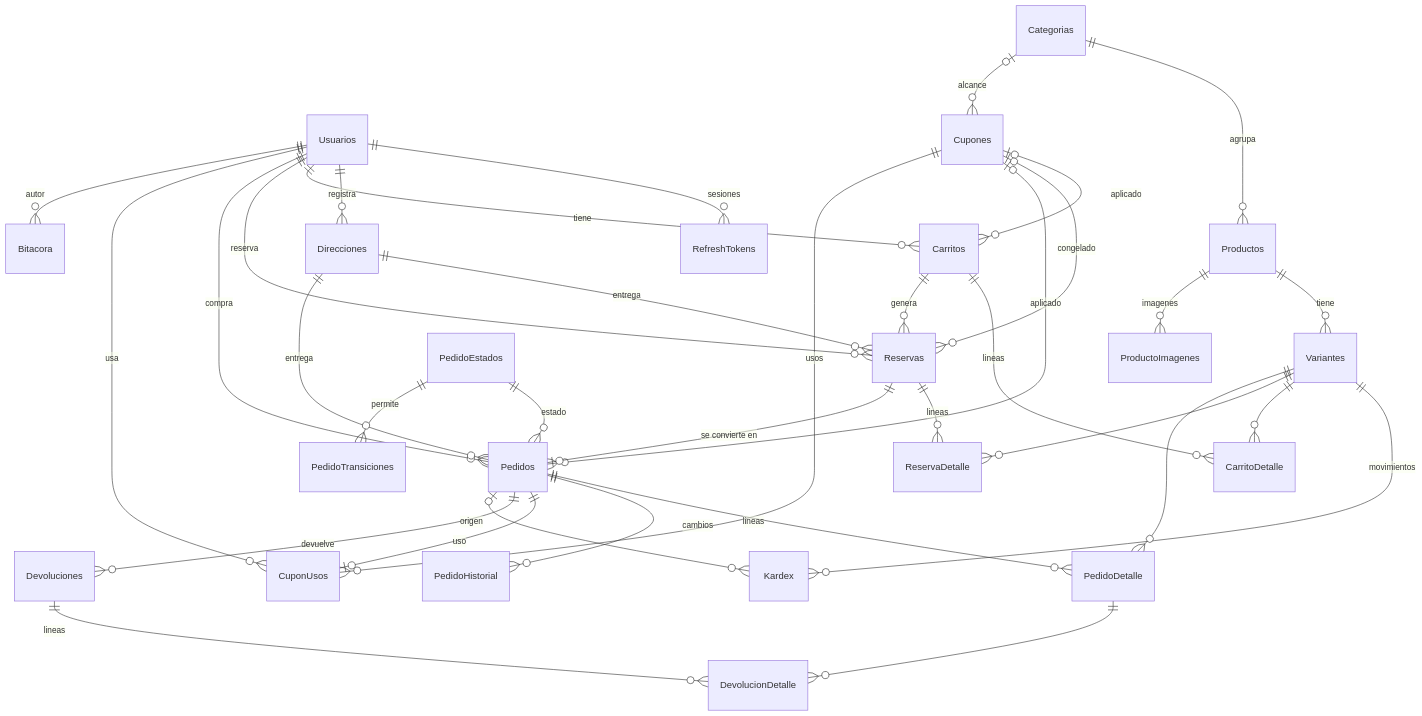
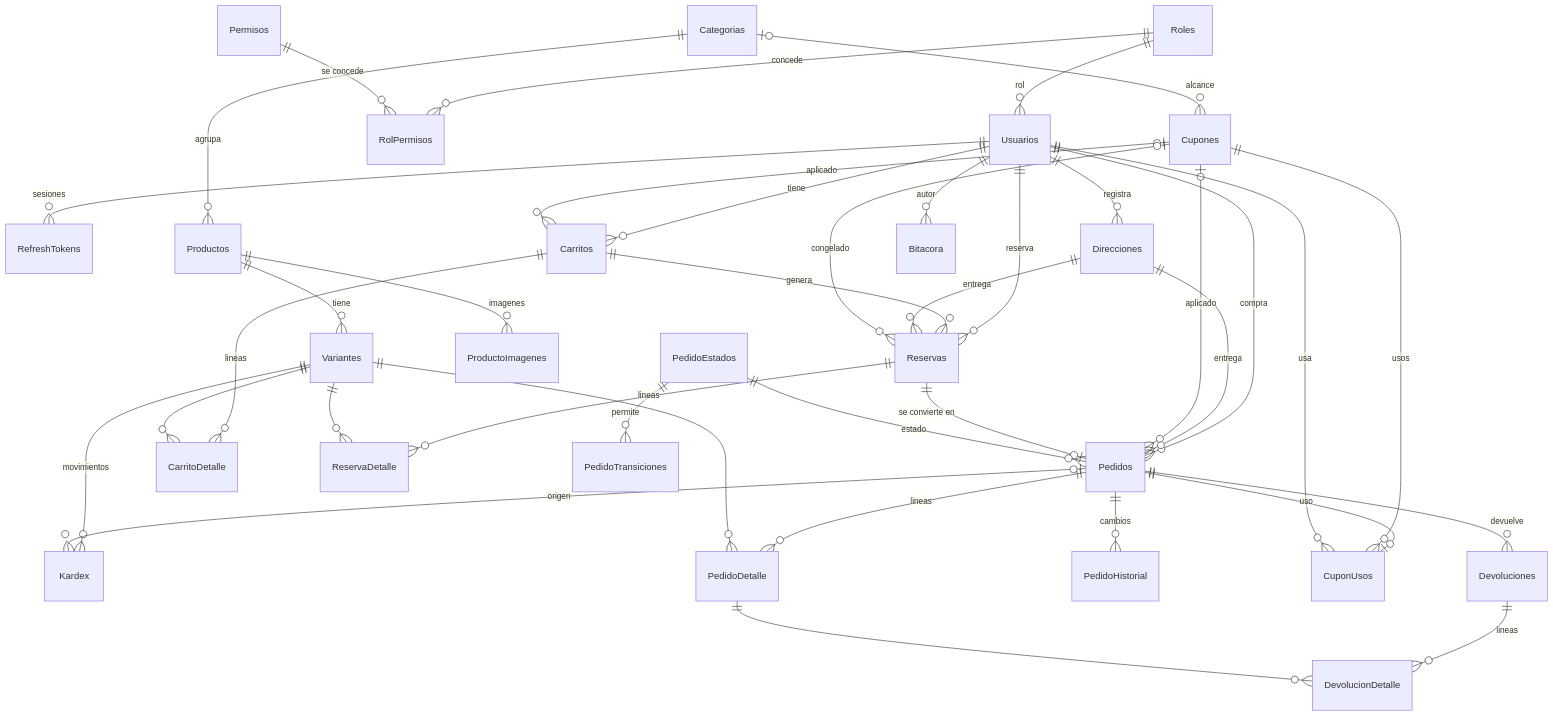
The first of 3 diagrams in README.md (eramirez150/shopcart), drawn with Mermaid before and after one commit. The commit also changed other lines of this file and 7 other files, not shown here.

````diff
--- a/README.md
+++ b/README.md
@@ -229,37 +324,40 @@
 ```mermaid
 erDiagram
+    Roles ||--o{ Usuarios : "rol"
+    Roles ||--o{ RolPermisos : "concede"
+    Permisos ||--o{ RolPermisos : "se concede"
     Usuarios ||--o{ RefreshTokens : "sesiones"
     Usuarios ||--o{ Direcciones : "registra"
     Usuarios ||--o{ Carritos : "tiene"
     Usuarios ||--o{ Reservas : "reserva"
     Usuarios ||--o{ Pedidos : "compra"
     Categorias ||--o{ Productos : "agrupa"
     Categorias |o--o{ Cupones : "alcance"
     Productos ||--o{ Variantes : "tiene"
     Productos ||--o{ ProductoImagenes : "imagenes"
     Variantes ||--o{ Kardex : "movimientos"
     Carritos ||--o{ CarritoDetalle : "lineas"
     Variantes ||--o{ CarritoDetalle : ""
     Cupones |o--o{ Carritos : "aplicado"
     Carritos ||--o{ Reservas : "genera"
     Direcciones ||--o{ Reservas : "entrega"
     Direcciones ||--o{ Pedidos : "entrega"
     Cupones |o--o{ Reservas : "congelado"
     Cupones |o--o{ Pedidos : "aplicado"
     Reservas ||--o{ ReservaDetalle : "lineas"
     Variantes ||--o{ ReservaDetalle : ""
     Reservas ||--o| Pedidos : "se convierte en"
     PedidoEstados ||--o{ Pedidos : "estado"
     PedidoEstados ||--o{ PedidoTransiciones : "permite"
     Pedidos ||--o{ PedidoDetalle : "lineas"
     Variantes ||--o{ PedidoDetalle : ""
     Pedidos ||--o{ PedidoHistorial : "cambios"
     Pedidos ||--o| CuponUsos : "uso"
     Cupones ||--o{ CuponUsos : "usos"
     Usuarios ||--o{ CuponUsos : "usa"
     Pedidos ||--o{ Devoluciones : "devuelve"
     Devoluciones ||--o{ DevolucionDetalle : "lineas"
     PedidoDetalle ||--o{ DevolucionDetalle : ""
     Pedidos |o--o{ Kardex : "origen"
     Usuarios ||--o{ Bitacora : "autor"
 ```
````
